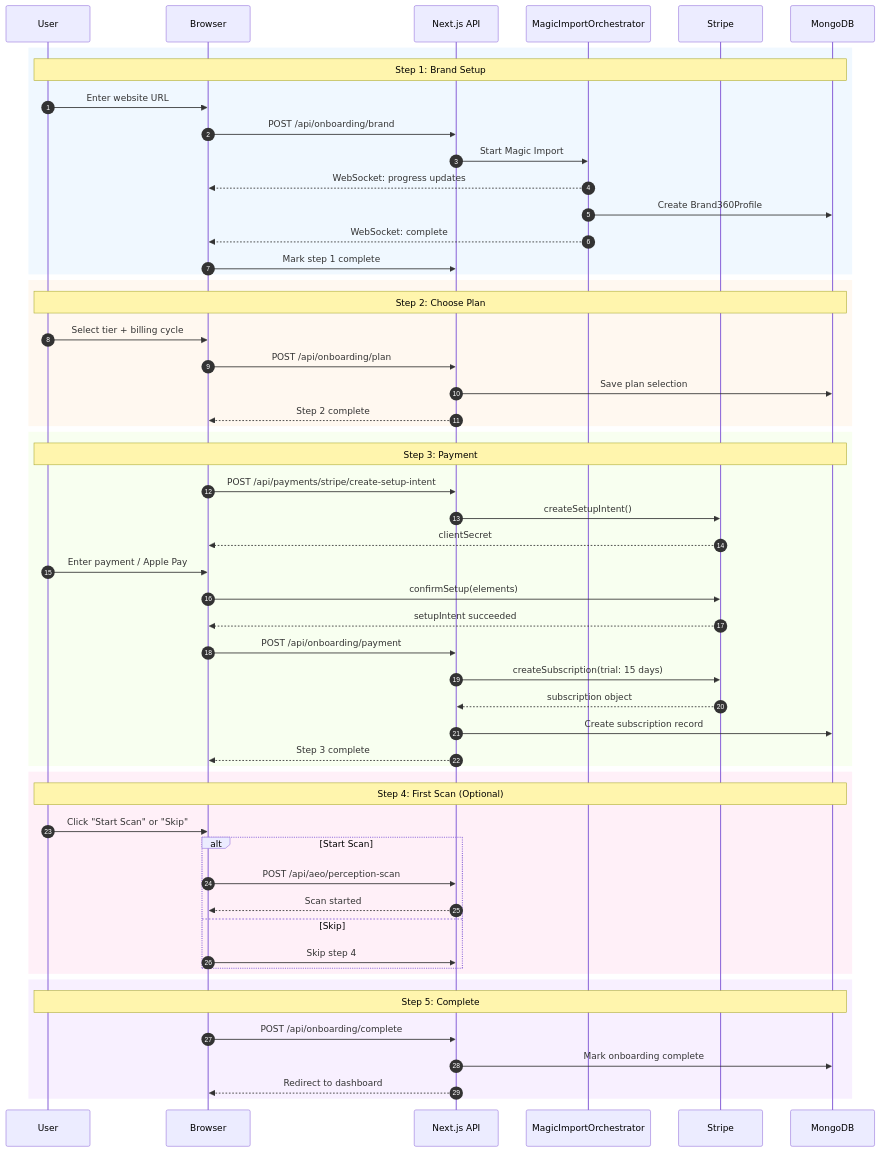
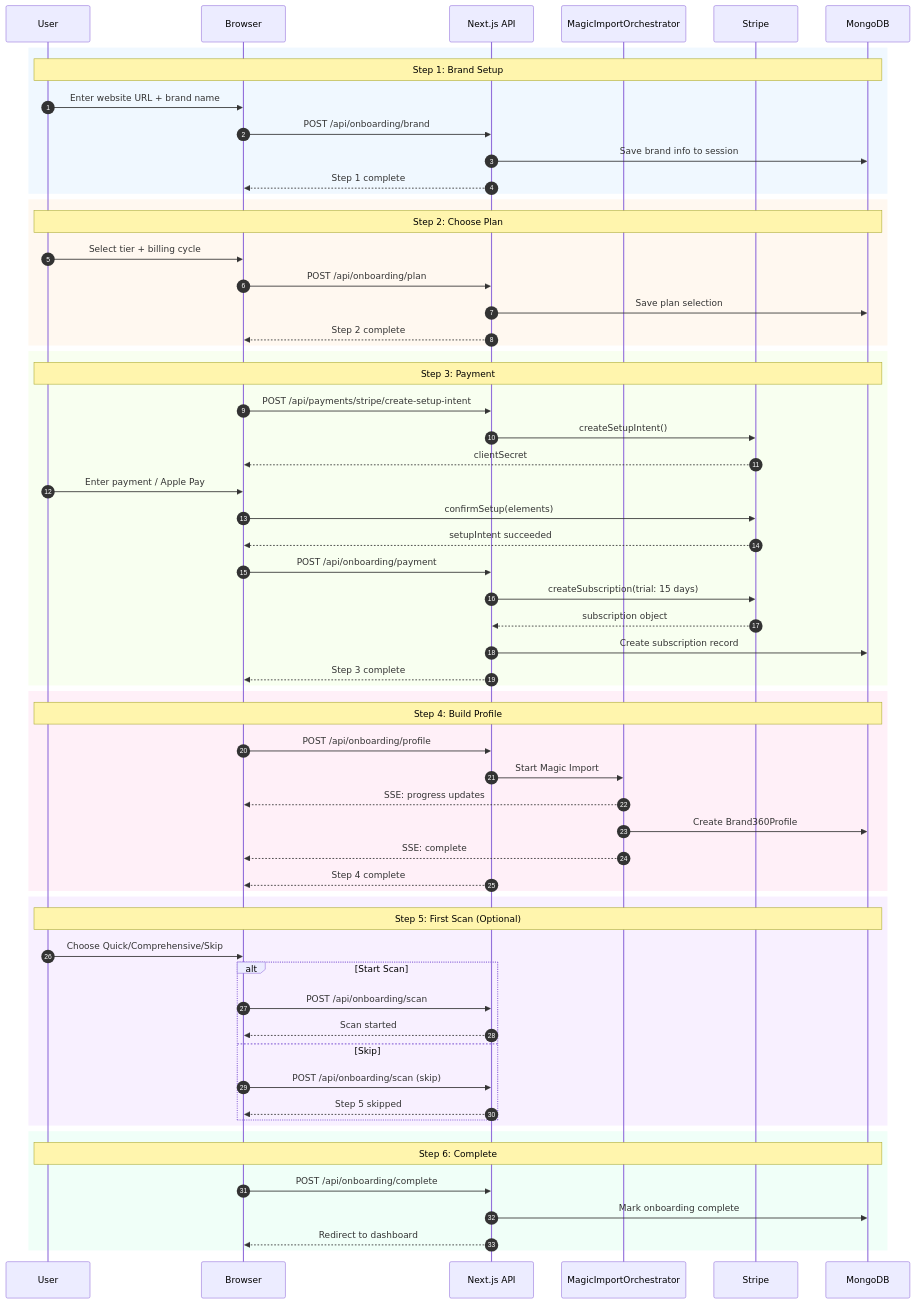
Before and after one commit to praveengujar/VistralAI: diagram 13 of 14 in docs/DIAGRAMS.md, drawn with Mermaid. The commit also changed other lines of this file and 53 other files, not shown here.

Commit message:
working User Onboarding + Unified Brand Onboarding

````diff
--- a/docs/DIAGRAMS.md
+++ b/docs/DIAGRAMS.md
@@ -1196,62 +1196,70 @@
 ```mermaid
 sequenceDiagram
     autonumber
     participant U as User
     participant B as Browser
     participant API as Next.js API
     participant MI as MagicImportOrchestrator
     participant S as Stripe
     participant DB as MongoDB
 
     rect rgb(240, 248, 255)
         Note over U,DB: Step 1: Brand Setup
-        U->>B: Enter website URL
+        U->>B: Enter website URL + brand name
         B->>API: POST /api/onboarding/brand
-        API->>MI: Start Magic Import
-        MI-->>B: WebSocket: progress updates
-        MI->>DB: Create Brand360Profile
-        MI-->>B: WebSocket: complete
-        B->>API: Mark step 1 complete
+        API->>DB: Save brand info to session
+        API-->>B: Step 1 complete
     end
 
     rect rgb(255, 248, 240)
         Note over U,DB: Step 2: Choose Plan
         U->>B: Select tier + billing cycle
         B->>API: POST /api/onboarding/plan
         API->>DB: Save plan selection
         API-->>B: Step 2 complete
     end
 
     rect rgb(248, 255, 240)
         Note over U,DB: Step 3: Payment
         B->>API: POST /api/payments/stripe/create-setup-intent
         API->>S: createSetupIntent()
         S-->>B: clientSecret
         U->>B: Enter payment / Apple Pay
         B->>S: confirmSetup(elements)
         S-->>B: setupIntent succeeded
         B->>API: POST /api/onboarding/payment
         API->>S: createSubscription(trial: 15 days)
         S-->>API: subscription object
         API->>DB: Create subscription record
         API-->>B: Step 3 complete
     end
 
     rect rgb(255, 240, 248)
-        Note over U,DB: Step 4: First Scan (Optional)
-        U->>B: Click "Start Scan" or "Skip"
+        Note over U,DB: Step 4: Build Profile
+        B->>API: POST /api/onboarding/profile
+        API->>MI: Start Magic Import
+        MI-->>B: SSE: progress updates
+        MI->>DB: Create Brand360Profile
+        MI-->>B: SSE: complete
+        API-->>B: Step 4 complete
+    end
+
+    rect rgb(248, 240, 255)
+        Note over U,DB: Step 5: First Scan (Optional)
+        U->>B: Choose Quick/Comprehensive/Skip
         alt Start Scan
-            B->>API: POST /api/aeo/perception-scan
+            B->>API: POST /api/onboarding/scan
             API-->>B: Scan started
         else Skip
-            B->>API: Skip step 4
+            B->>API: POST /api/onboarding/scan (skip)
+            API-->>B: Step 5 skipped
         end
     end
 
-    rect rgb(248, 240, 255)
-        Note over U,DB: Step 5: Complete
+    rect rgb(240, 255, 248)
+        Note over U,DB: Step 6: Complete
         B->>API: POST /api/onboarding/complete
         API->>DB: Mark onboarding complete
         API-->>B: Redirect to dashboard
     end
 ```
````
